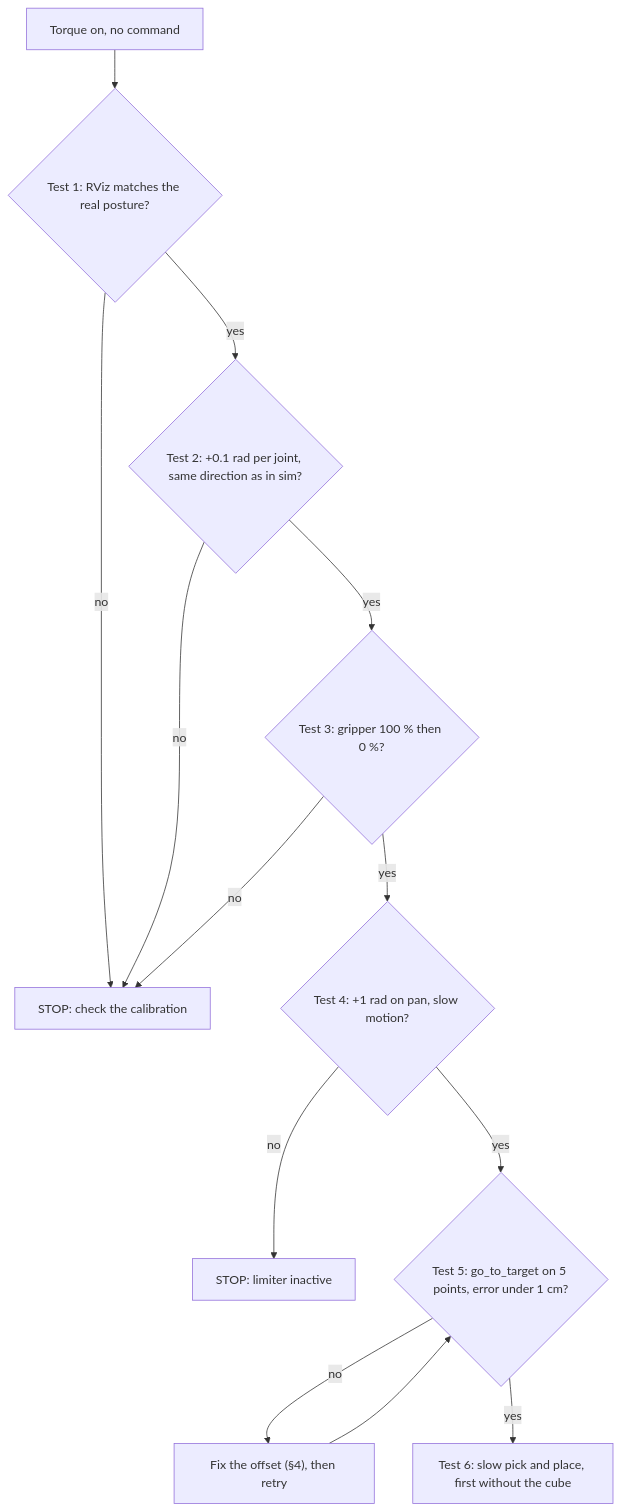
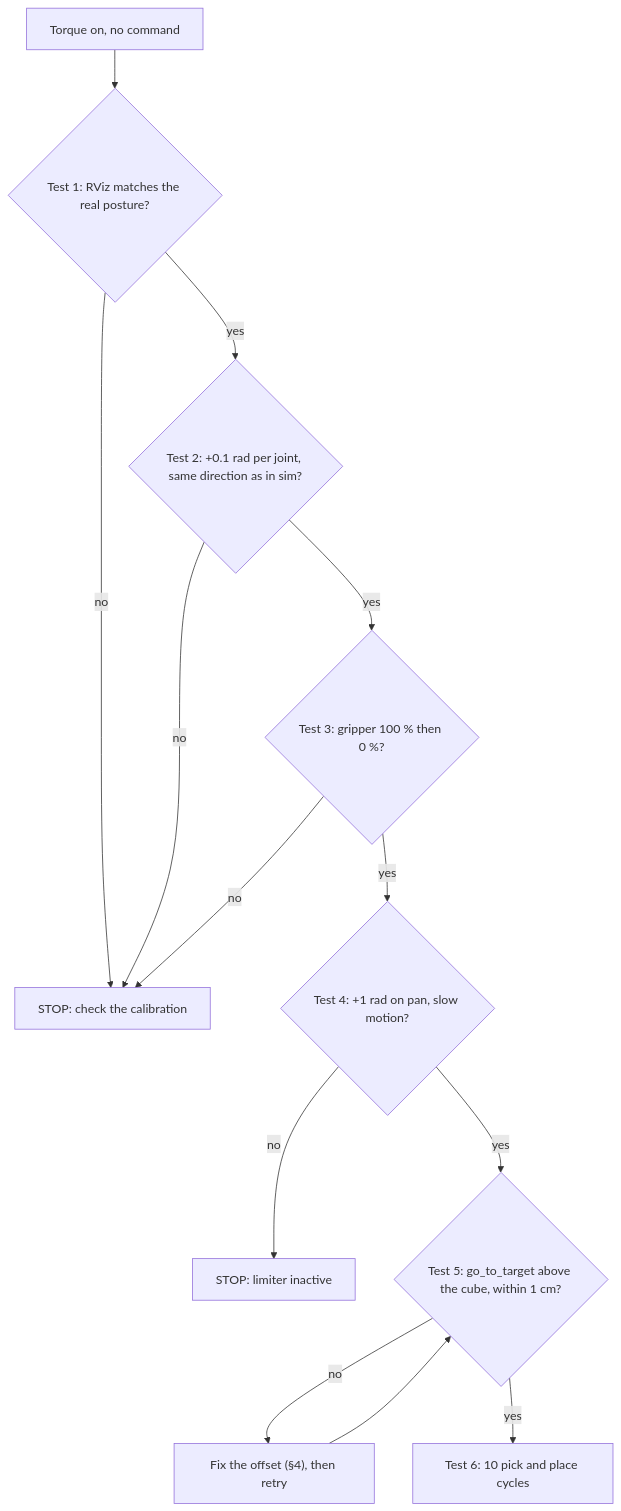
Before and after one commit to FoxaxeWasTaken/Robotics: the second of 2 diagrams in docs/project/07_real_arm_safety_sim2real.md, drawn with Mermaid. The commit also changed other lines of this file and 70 other files, not shown here.

First line of the commit message:
feat: real test feedback, the pick & place on the real arm (#225)

````diff
--- a/docs/project/07_real_arm_safety_sim2real.md
+++ b/docs/project/07_real_arm_safety_sim2real.md
@@ -49,14 +49,14 @@
 ```mermaid
 flowchart TD
   A["Torque on, no command"] --> B{"Test 1: RViz matches the real posture?"}
   B -- no --> X["STOP: check the calibration"]
   B -- yes --> C{"Test 2: +0.1 rad per joint, same direction as in sim?"}
   C -- no --> X
   C -- yes --> D{"Test 3: gripper 100 % then 0 %?"}
   D -- no --> X
   D -- yes --> E{"Test 4: +1 rad on pan, slow motion?"}
   E -- no --> Y["STOP: limiter inactive"]
-  E -- yes --> F{"Test 5: go_to_target on 5 points, error under 1 cm?"}
+  E -- yes --> F{"Test 5: go_to_target above the cube, within 1 cm?"}
   F -- no --> Z["Fix the offset (§4), then retry"] --> F
-  F -- yes --> G["Test 6: slow pick and place, first without the cube"]
+  F -- yes --> G["Test 6: 10 pick and place cycles"]
 ```
````
